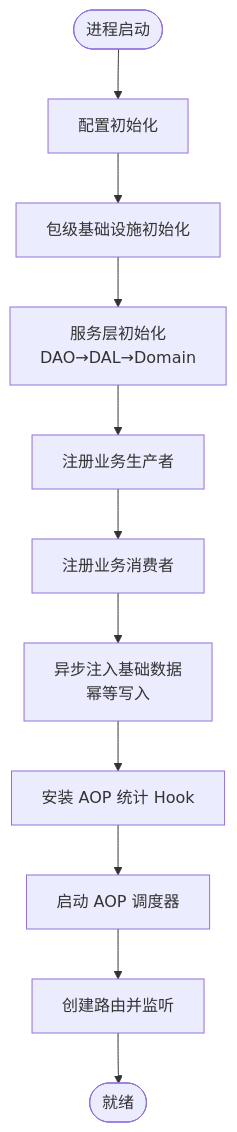
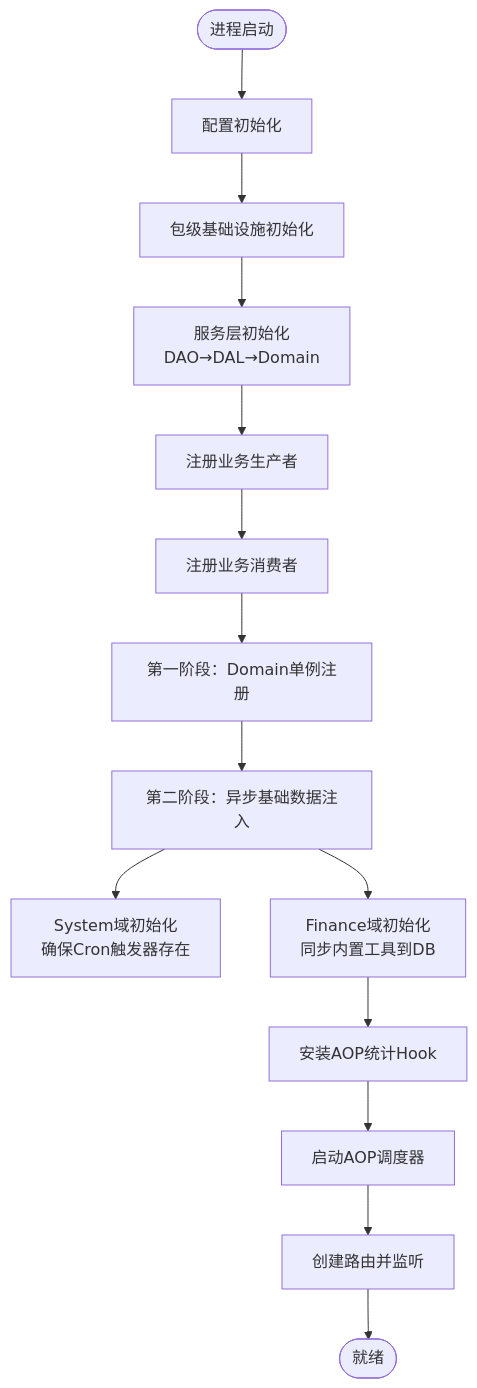
The third of 8 diagrams in .qoder/repowiki/zh/content/功能模块/用户与组织管理/系统初始化.md (runningcoders/ai_orz), drawn with Mermaid before and after one commit. The commit also changed other lines of this file and 142 other files, not shown here.

````diff
--- a/.qoder/repowiki/zh/content/功能模块/用户与组织管理/系统初始化.md
+++ b/.qoder/repowiki/zh/content/功能模块/用户与组织管理/系统初始化.md
@@ -117,13 +144,16 @@
 ```mermaid
 flowchart TD
 Start(["进程启动"]) --> Cfg["配置初始化"]
 Cfg --> Pkg["包级基础设施初始化"]
 Pkg --> SvcInit["服务层初始化<br/>DAO→DAL→Domain"]
 SvcInit --> Producers["注册业务生产者"]
 Producers --> Consumers["注册业务消费者"]
-Consumers --> BaseData["异步注入基础数据<br/>幂等写入"]
-BaseData --> StatsHook["安装 AOP 统计 Hook"]
-StatsHook --> Scheduler["启动 AOP 调度器"]
+Consumers --> Phase1["第一阶段：Domain单例注册"]
+Phase1 --> Phase2["第二阶段：异步基础数据注入"]
+Phase2 --> SysInit["System域初始化<br/>确保Cron触发器存在"]
+Phase2 --> FinInit["Finance域初始化<br/>同步内置工具到DB"]
+FinInit --> StatsHook["安装AOP统计Hook"]
+StatsHook --> Scheduler["启动AOP调度器"]
 Scheduler --> Server["创建路由并监听"]
 Server --> End(["就绪"])
 ```
````
